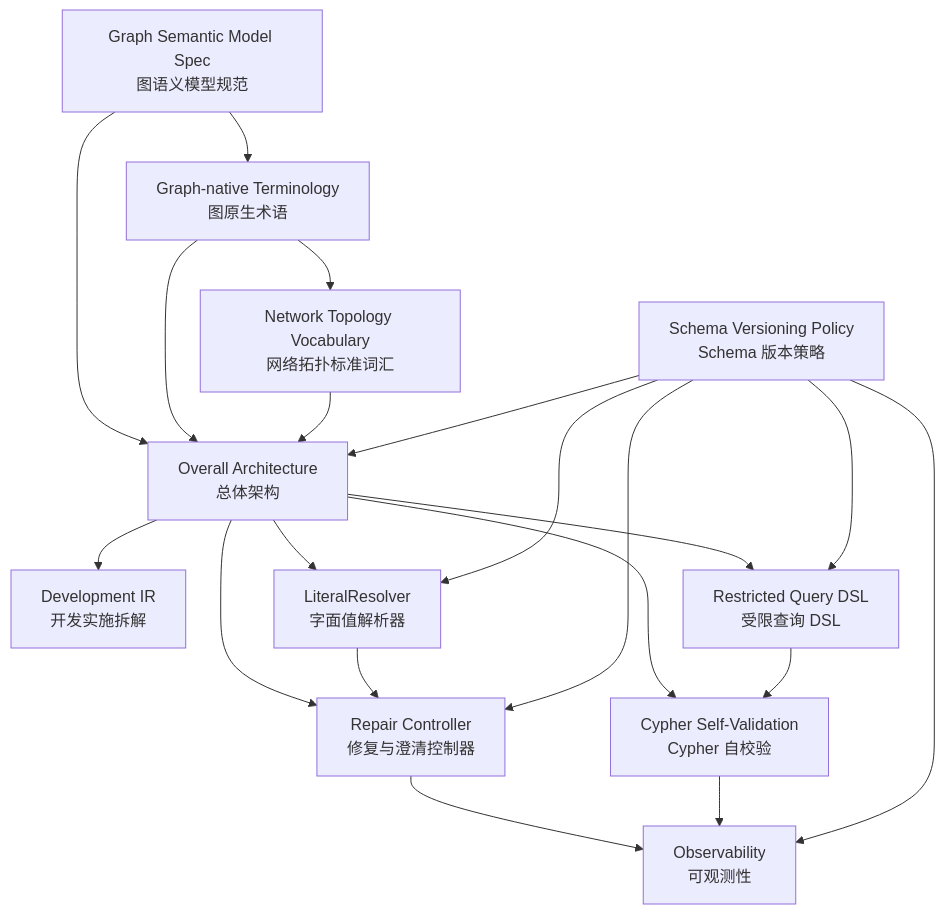
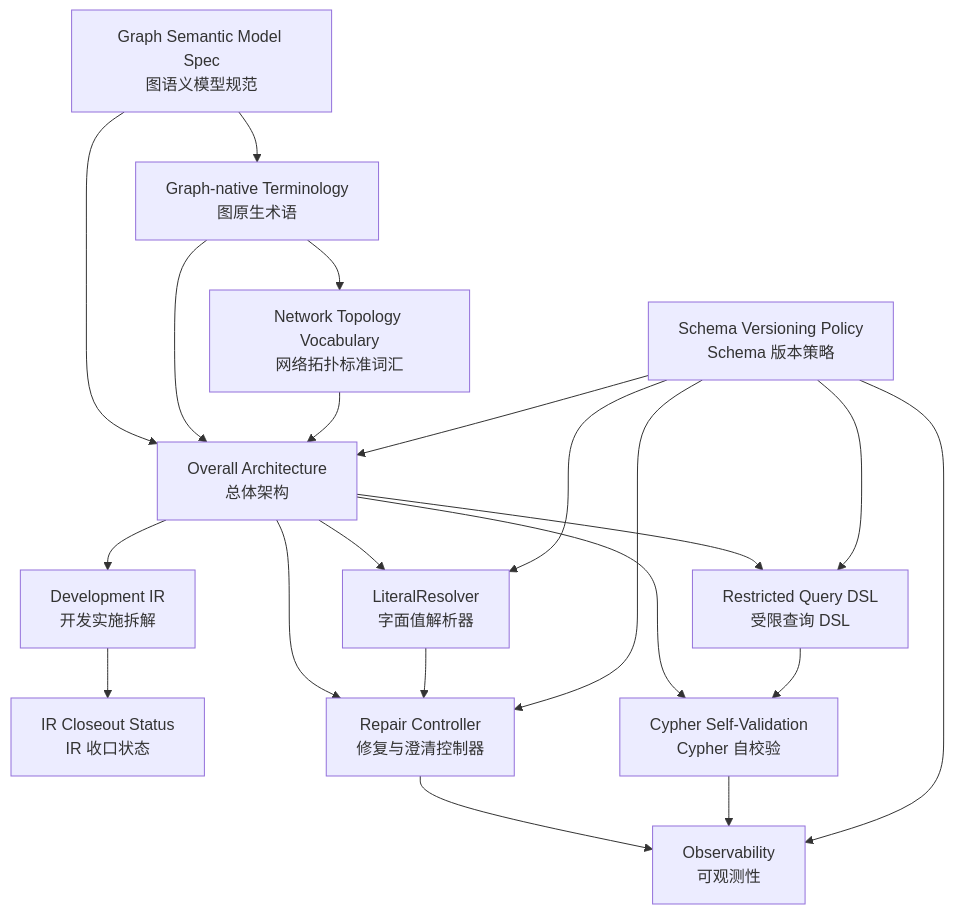
Before and after one commit to mangow0527/NL2Cypher: the diagram in docs/superpowers/specs/graph-cypher-generation/README.md, drawn with Mermaid. The commit also changed other lines of this file and 7 other files, not shown here.

````diff
--- a/docs/superpowers/specs/graph-cypher-generation/README.md
+++ b/docs/superpowers/specs/graph-cypher-generation/README.md
@@ -22,22 +23,23 @@
 ```mermaid
 flowchart TD
   A["Graph Semantic Model Spec<br/>图语义模型规范"] --> B["Graph-native Terminology<br/>图原生术语"]
   B --> C["Network Topology Vocabulary<br/>网络拓扑标准词汇"]
   A --> D["Overall Architecture<br/>总体架构"]
   B --> D
   C --> D
   D --> K["Development IR<br/>开发实施拆解"]
+  K --> L["IR Closeout Status<br/>IR 收口状态"]
   D --> E["Restricted Query DSL<br/>受限查询 DSL"]
   D --> F["LiteralResolver<br/>字面值解析器"]
   D --> G["Repair Controller<br/>修复与澄清控制器"]
   D --> H["Cypher Self-Validation<br/>Cypher 自校验"]
   E --> H
   F --> G
   G --> I["Observability<br/>可观测性"]
   H --> I
   J["Schema Versioning Policy<br/>Schema 版本策略"] --> D
   J --> E
   J --> F
   J --> G
   J --> I
 ```
````
